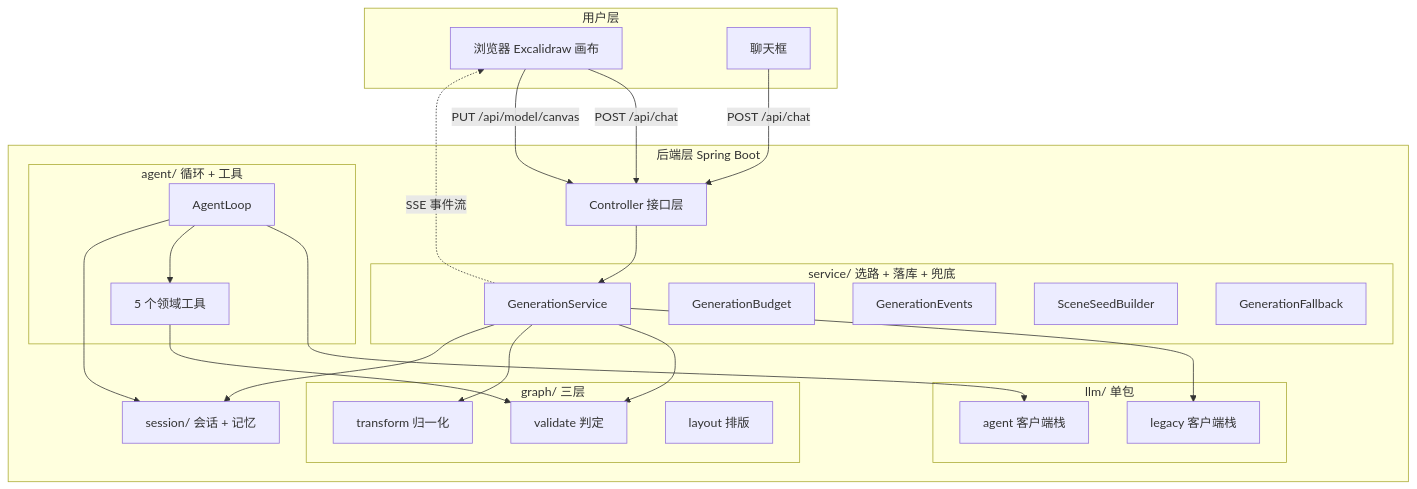
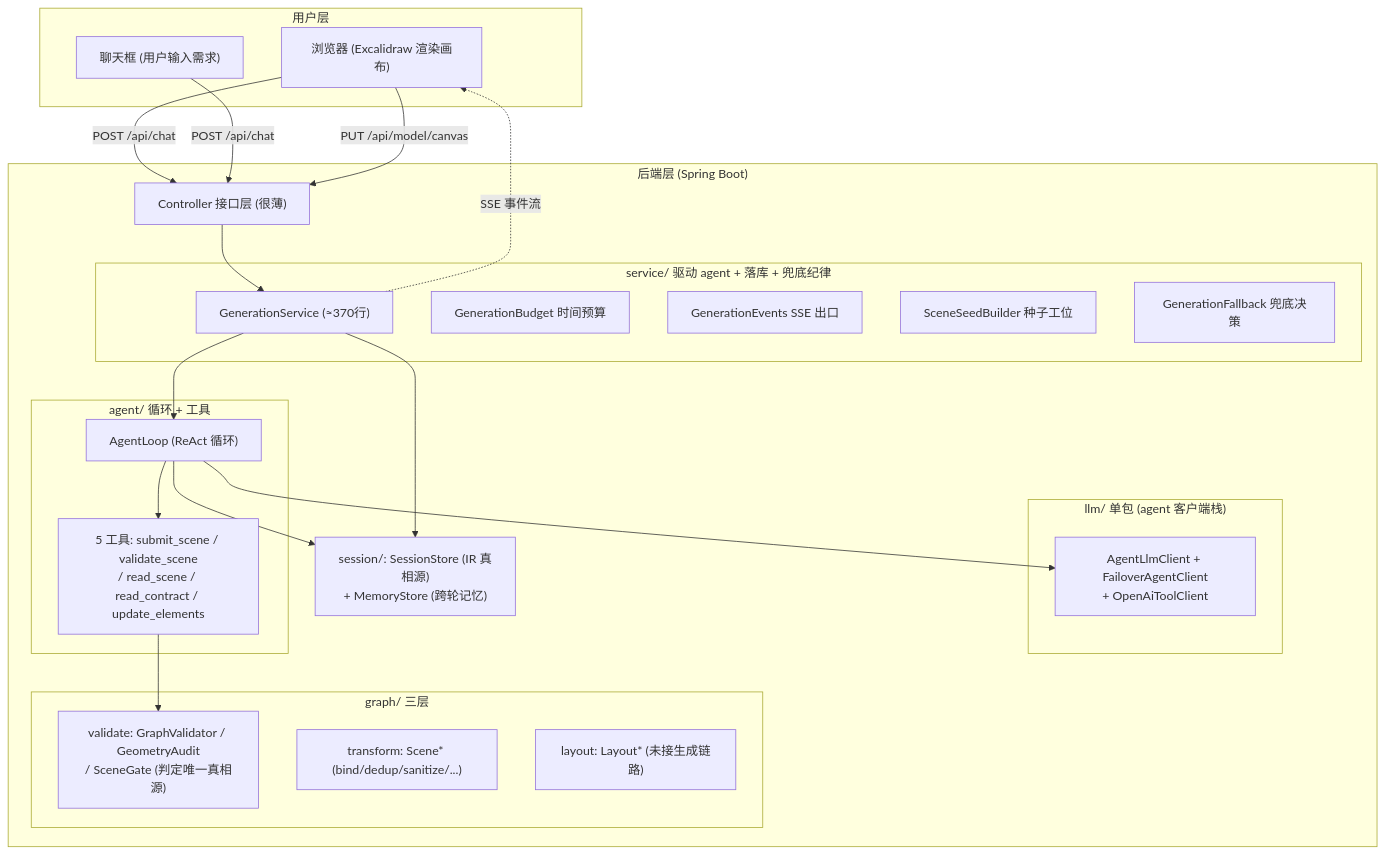
One commit to Nihao7-L/flowchart-ai changed the first of 13 diagrams in workbuddyFlow/docs/FlowAI架构与交互机制.md. Above: the diagram before and after it, drawn with Mermaid. The commit also changed other lines of this file and 37 other files, not shown here.

First line of the commit message:
refactor: 删除 legacy 生成路径，agent 单路径收口

````diff
--- a/workbuddyFlow/docs/FlowAI架构与交互机制.md
+++ b/workbuddyFlow/docs/FlowAI架构与交互机制.md
@@ -9,44 +9,41 @@
 ```mermaid
 flowchart TB
   subgraph UL["用户层"]
-    B["浏览器 Excalidraw 画布"]
-    C["聊天框"]
+    B["浏览器 (Excalidraw 渲染画布)"]
+    C["聊天框 (用户输入需求)"]
   end
-  subgraph BL["后端层 Spring Boot"]
-    CT["Controller 接口层"]
-    subgraph SV["service/ 选路 + 落库 + 兜底"]
-      GS["GenerationService"]
-      GB["GenerationBudget"]
-      GE["GenerationEvents"]
-      SB["SceneSeedBuilder"]
-      GF["GenerationFallback"]
+  subgraph BL["后端层 (Spring Boot)"]
+    CT["Controller 接口层 (很薄)"]
+    subgraph SV["service/ 驱动 agent + 落库 + 兜底纪律"]
+      GS["GenerationService (≈370行)"]
+      GB["GenerationBudget 时间预算"]
+      GE["GenerationEvents SSE 出口"]
+      SB["SceneSeedBuilder 种子工位"]
+      GF["GenerationFallback 兜底决策"]
     end
-    subgraph AI["llm/ 单包"]
-      LP["legacy 客户端栈"]
-      AC["agent 客户端栈"]
+    subgraph AI["llm/ 单包 (agent 客户端栈)"]
+      AC["AgentLlmClient + FailoverAgentClient<br/>+ OpenAiToolClient"]
     end
     subgraph AG["agent/ 循环 + 工具"]
-      AL["AgentLoop"]
-      T5["5 个领域工具"]
+      AL["AgentLoop (ReAct 循环)"]
+      T5["5 工具: submit_scene / validate_scene<br/>/ read_scene / read_contract / update_elements"]
     end
     subgraph GR["graph/ 三层"]
-      VA["validate 判定"]
-      TR["transform 归一化"]
-      LA["layout 排版"]
+      VA["validate: GraphValidator / GeometryAudit<br/>/ SceneGate (判定唯一真相源)"]
+      TR["transform: Scene* (bind/dedup/sanitize/...)"]
+      LA["layout: Layout* (未接生成链路)"]
     end
-    SS["session/ 会话 + 记忆"]
+    SS["session/: SessionStore (IR 真相源)<br/>+ MemoryStore (跨轮记忆)"]
     CT --> GS
-    GS --> LP
+    GS --> AL
     AL --> AC
     AL --> T5
     T5 --> VA
-    GS --> VA
-    GS --> TR
     GS --> SS
     AL --> SS
   end
   B -->|"POST /api/chat"| CT
   C -->|"POST /api/chat"| CT
   B -->|"PUT /api/model/canvas"| CT
   GS -.->|"SSE 事件流"| B
 ```
````
